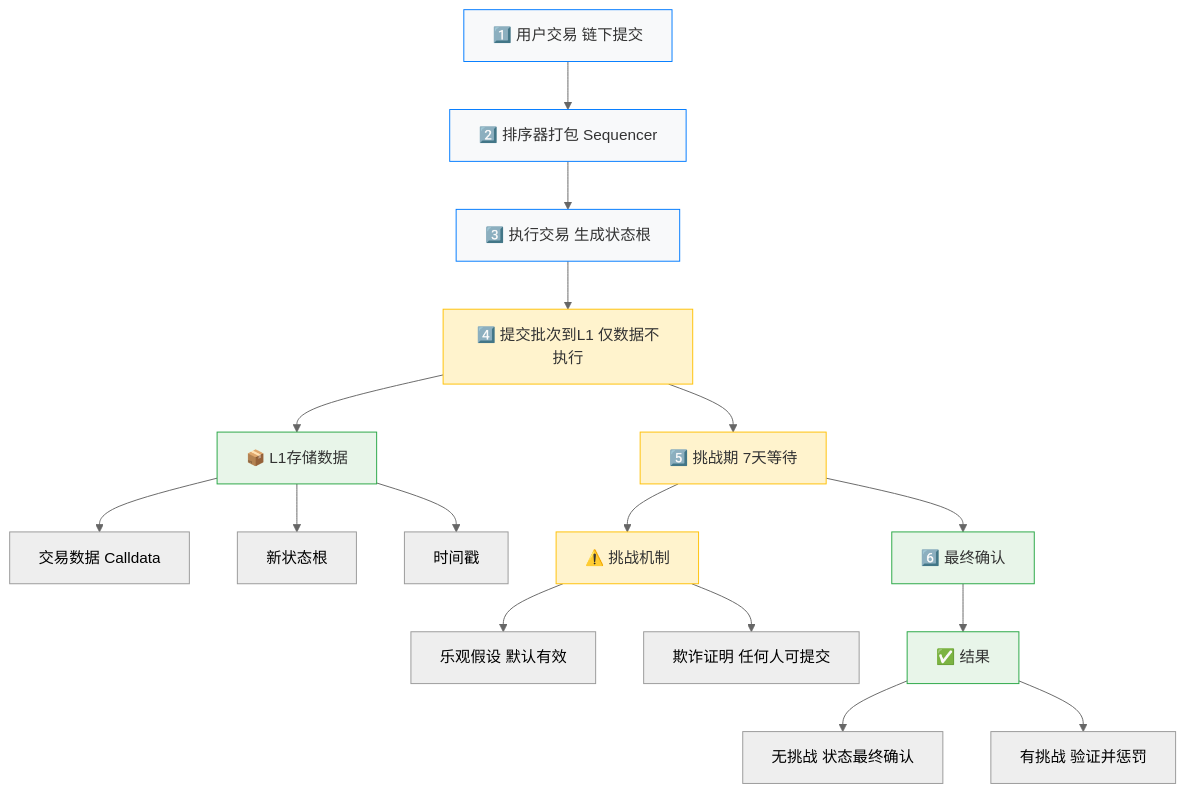
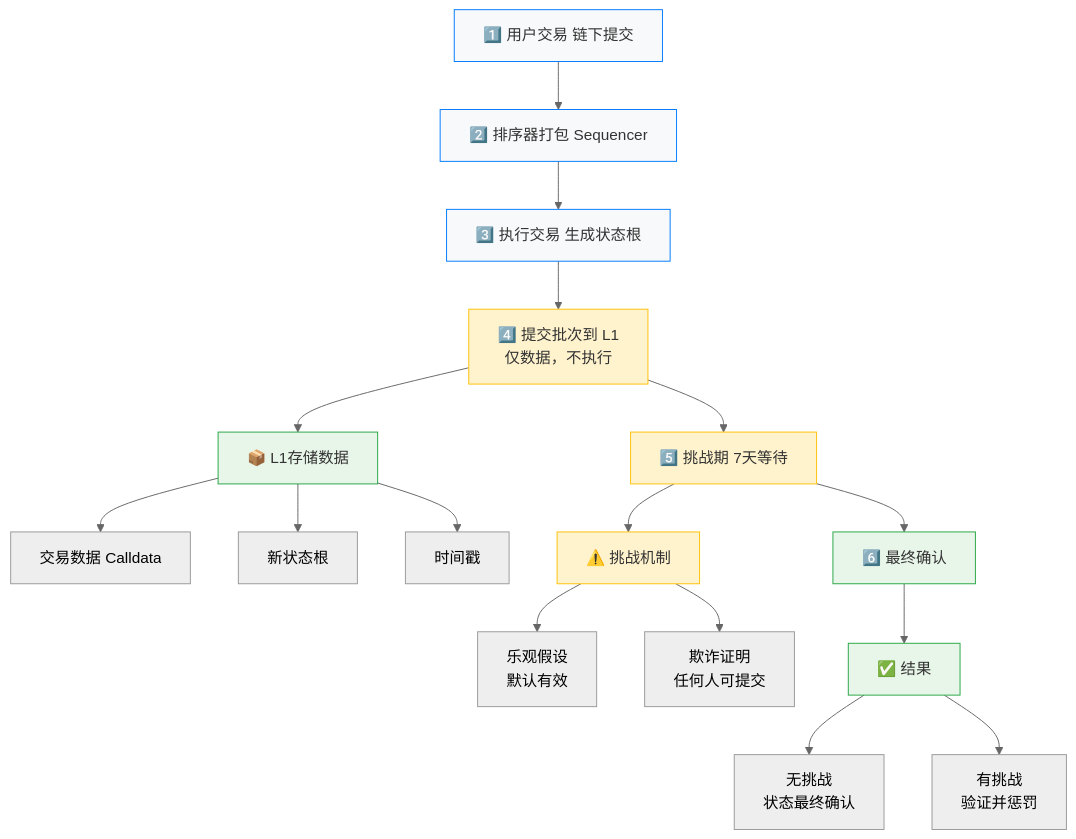
The third of 7 diagrams in docs/《精通以太坊》/第16章-以太坊扩容.md (web3-wallet-org/web3-wallet-notes), drawn with Mermaid (neutral theme) before and after one commit. The commit also changed other lines of this file and 2 other files, not shown here.

First line of the commit message:
docs: 优化图表格式并简化内容展示

````diff
--- a/docs/《精通以太坊》/第16章-以太坊扩容.md
+++ b/docs/《精通以太坊》/第16章-以太坊扩容.md
@@ -89,46 +85,46 @@
 ```mermaid
 graph TD
     A["1️⃣ 用户交易 链下提交"] --> B["2️⃣ 排序器打包 Sequencer"]
     B --> C["3️⃣ 执行交易 生成状态根"]
-    C --> D["4️⃣ 提交批次到L1 仅数据不执行"]
+    C --> D["4️⃣ 提交批次到 L1<br/>仅数据，不执行"]
     
     L1Data["📦 L1存储数据"]
     Calldata["交易数据 Calldata"]
     StateRoot["新状态根"]
     Timestamp["时间戳"]
     
     D --> L1Data
     L1Data --> Calldata
     L1Data --> StateRoot
     L1Data --> Timestamp
     
     D --> E["5️⃣ 挑战期 7天等待"]
     
     Challenge["⚠️ 挑战机制"]
-    Optimistic["乐观假设 默认有效"]
-    FraudProof["欺诈证明 任何人可提交"]
+    Optimistic["乐观假设<br/>默认有效"]
+    FraudProof["欺诈证明<br/>任何人可提交"]
     
     E --> Challenge
     Challenge --> Optimistic
     Challenge --> FraudProof
     
     E --> F["6️⃣ 最终确认"]
     
     Result["✅ 结果"]
-    NoChallenge["无挑战 状态最终确认"]
-    HasChallenge["有挑战 验证并惩罚"]
+    NoChallenge["无挑战<br/>状态最终确认"]
+    HasChallenge["有挑战<br/>验证并惩罚"]
     
     F --> Result
     Result --> NoChallenge
     Result --> HasChallenge
     
     style A fill:#f8f9fa,stroke:#007bff,color:#333
     style B fill:#f8f9fa,stroke:#007bff,color:#333
     style C fill:#f8f9fa,stroke:#007bff,color:#333
     style D fill:#fff3cd,stroke:#ffc107,color:#333
     style L1Data fill:#e8f5e9,stroke:#28a745,color:#333
     style E fill:#fff3cd,stroke:#ffc107,color:#333
     style Challenge fill:#fff3cd,stroke:#ffc107,color:#333
     style F fill:#e8f5e9,stroke:#28a745,color:#333
     style Result fill:#e8f5e9,stroke:#28a745,color:#333
 ```
````
